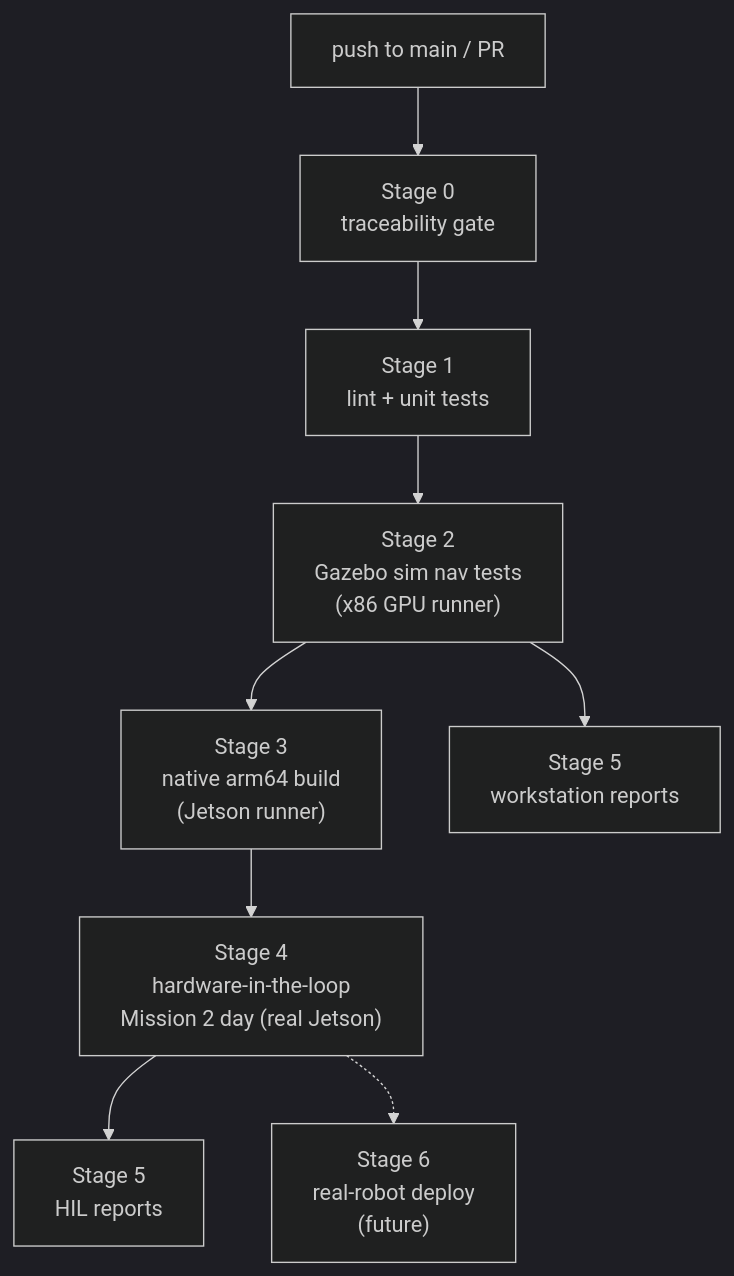
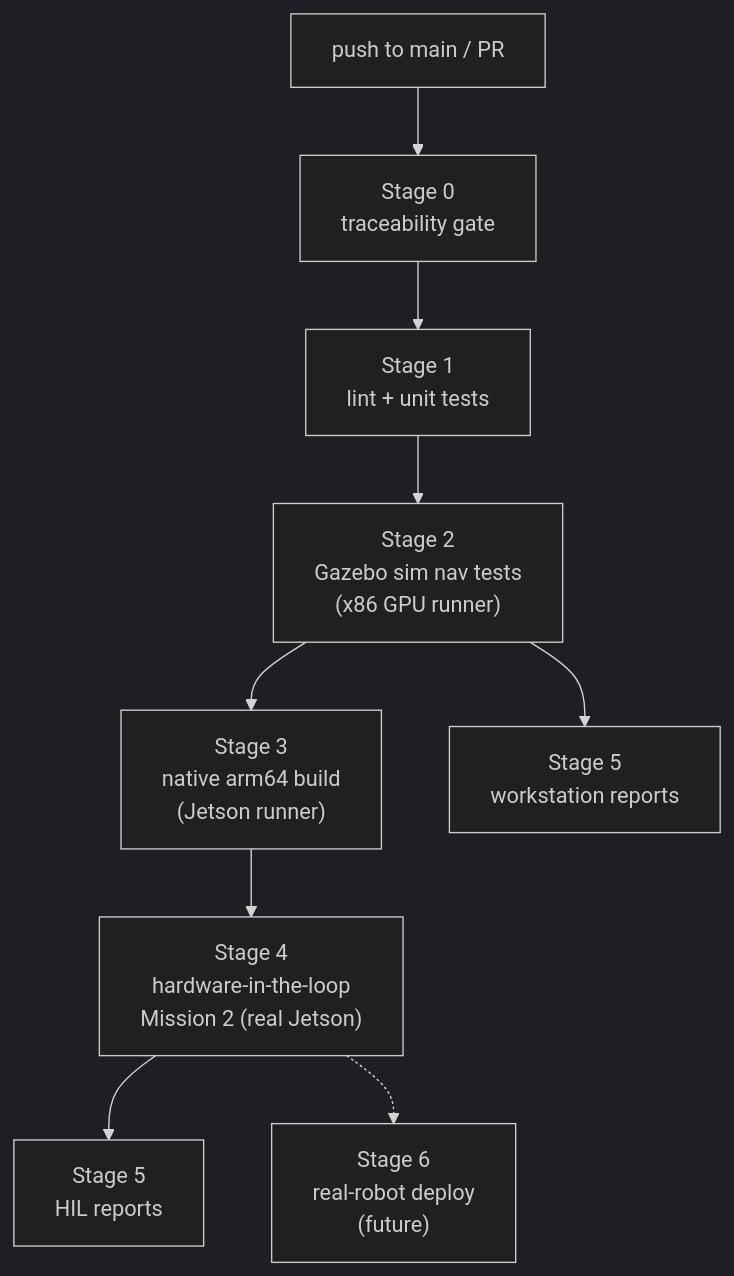
The diagram in README.md (sdfinn/autonomous-fleet-testbed), drawn with Mermaid (dark theme) before and after one commit. The commit also changed 29 other files, not shown here.

First line of the commit message:
test(recovery): BR-03 has a test and the traceability gate enforces; rename: "Mission 2", never "Mission 2 day"

````diff
--- a/README.md
+++ b/README.md
@@ -34,11 +34,11 @@
 ```mermaid
 flowchart TD
     T["push to main / PR"] --> S0["Stage 0\ntraceability gate"]
     S0 --> S1["Stage 1\nlint + unit tests"]
     S1 --> S2["Stage 2\nGazebo sim nav tests\n(x86 GPU runner)"]
     S2 --> S3["Stage 3\nnative arm64 build\n(Jetson runner)"]
-    S3 --> S4["Stage 4\nhardware-in-the-loop\nMission 2 day (real Jetson)"]
+    S3 --> S4["Stage 4\nhardware-in-the-loop\nMission 2 (real Jetson)"]
     S2 --> S5a["Stage 5\nworkstation reports"]
     S4 --> S5b["Stage 5\nHIL reports"]
     S4 -.-> S6["Stage 6\nreal-robot deploy\n(future)"]
 ```
````
